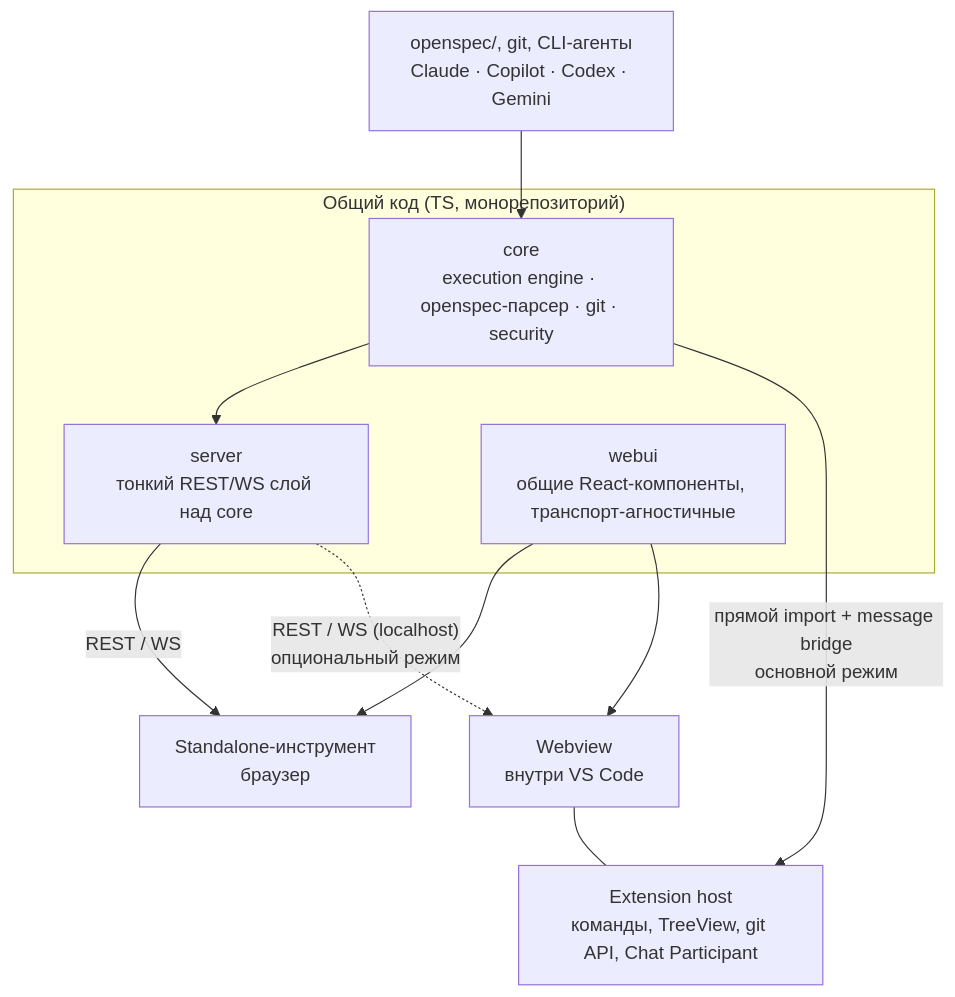
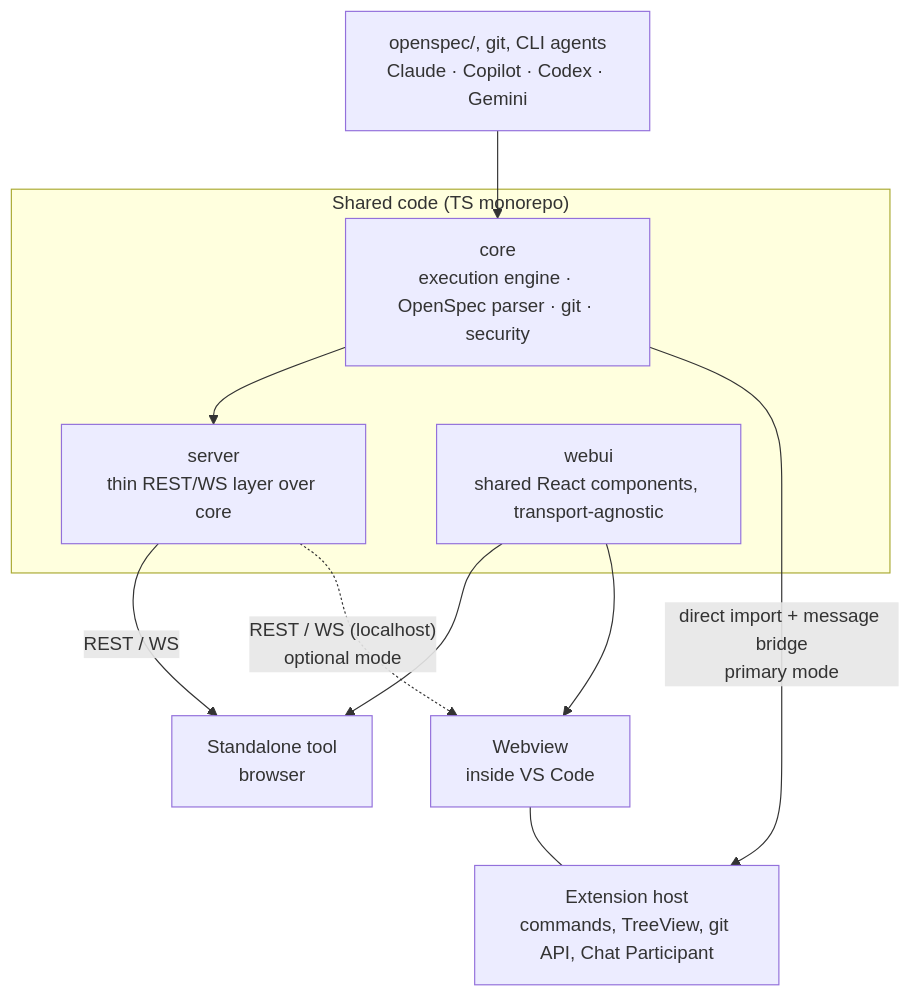
Before and after one commit to VeryComplexAndLongName/OpenSpec-UI: the diagram in README.md, drawn with Mermaid. The commit also changed other lines of this file and 42 other files, not shown here.

Commit message:
implement change-execution-core

````diff
--- a/README.md
+++ b/README.md
@@ -36,18 +38,18 @@
 ```mermaid
 flowchart TD
-    EXT["openspec/, git, CLI-агенты<br/>Claude · Copilot · Codex · Gemini"] --> CORE
+    EXT["openspec/, git, CLI agents<br/>Claude · Copilot · Codex · Gemini"] --> CORE
 
-    subgraph MONO["Общий код (TS, монорепозиторий)"]
-        CORE["core<br/>execution engine · openspec-парсер · git · security"]
-        SRV["server<br/>тонкий REST/WS слой над core"]
-        WEBUI["webui<br/>общие React-компоненты, транспорт-агностичные"]
+    subgraph MONO["Shared code (TS monorepo)"]
+        CORE["core<br/>execution engine · OpenSpec parser · git · security"]
+        SRV["server<br/>thin REST/WS layer over core"]
+        WEBUI["webui<br/>shared React components, transport-agnostic"]
         CORE --> SRV
     end
 
-    SRV -- "REST / WS" --> STANDALONE["Standalone-инструмент<br/>браузер"]
-    SRV -. "REST / WS (localhost)<br/>опциональный режим" .-> WEBVIEW["Webview<br/>внутри VS Code"]
-    CORE -->|"прямой import + message bridge<br/>основной режим"| EXTHOST["Extension host<br/>команды, TreeView, git API, Chat Participant"]
+    SRV -- "REST / WS" --> STANDALONE["Standalone tool<br/>browser"]
+    SRV -. "REST / WS (localhost)<br/>optional mode" .-> WEBVIEW["Webview<br/>inside VS Code"]
+    CORE -->|"direct import + message bridge<br/>primary mode"| EXTHOST["Extension host<br/>commands, TreeView, git API, Chat Participant"]
     WEBUI --> STANDALONE
     WEBUI --> WEBVIEW
     WEBVIEW --- EXTHOST
 ```
````
